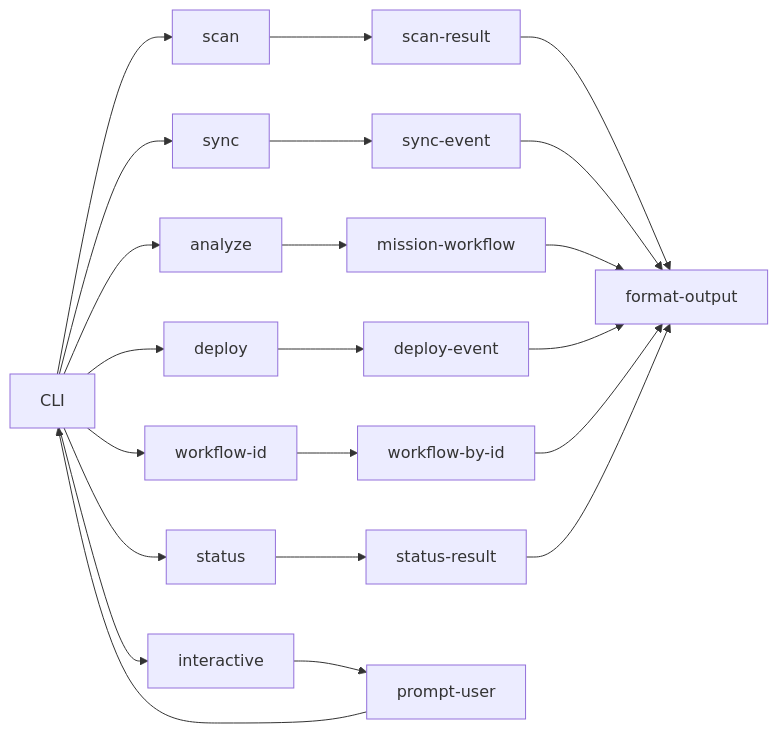
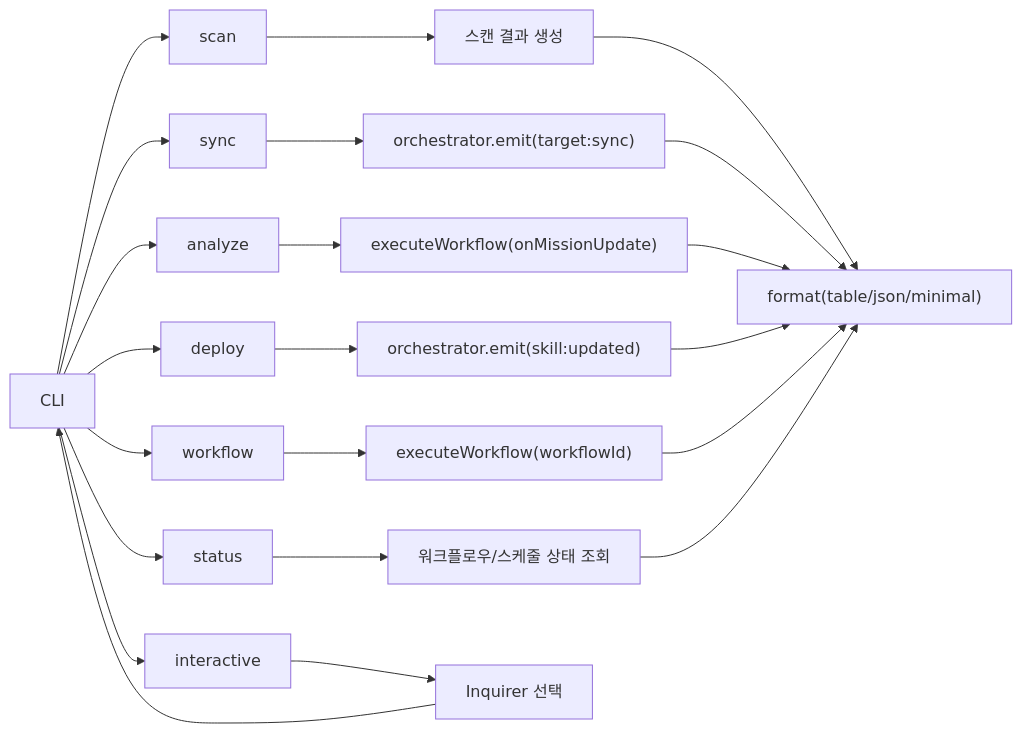
One commit to pandol69kim-bot/gitautopipe changed the third of 8 diagrams in 프로그램 흐름도.md. Above: the diagram before and after it, drawn with Mermaid. The commit also changed other lines of this file and 5 other files, not shown here.

Commit message:
feat: Add new diagrams and update existing documentation for improved clarity and Mermaid compatibility

````diff
--- a/프로그램 흐름도.md
+++ b/프로그램 흐름도.md
@@ -76,40 +58,25 @@
 ```mermaid
-graph LR
-CLI[CLI]
-Scan[scan]
-Sync[sync]
-Analyze[analyze]
-Deploy[deploy]
-Workflow[workflow-id]
-Status[status]
-Interactive[interactive]
-ScanOut[scan-result]
-SyncEvent[sync-event]
-Mission[mission-workflow]
-DeployEvent[deploy-event]
-ById[workflow-by-id]
-StatusOut[status-result]
-Prompt[prompt-user]
-Format[format-output]
-CLI --> Scan
-CLI --> Sync
-CLI --> Analyze
-CLI --> Deploy
-CLI --> Workflow
-CLI --> Status
-CLI --> Interactive
-Scan --> ScanOut
-Sync --> SyncEvent
-Analyze --> Mission
-Deploy --> DeployEvent
-Workflow --> ById
-Status --> StatusOut
-Interactive --> Prompt
-Prompt --> CLI
-ScanOut --> Format
-SyncEvent --> Format
-Mission --> Format
-DeployEvent --> Format
-ById --> Format
-StatusOut --> Format
+flowchart LR
+  CLI["CLI"] --> Scan["scan"]
+  CLI --> Sync["sync"]
+  CLI --> Analyze["analyze"]
+  CLI --> Deploy["deploy"]
+  CLI --> Workflow["workflow <id>"]
+  CLI --> Status["status"]
+  CLI --> Interactive["interactive"]
+
+  Scan --> ScanOut["스캔 결과 생성"]
+  Sync --> SyncEvent["orchestrator.emit(target:sync)"]
+  Analyze --> Mission["executeWorkflow(onMissionUpdate)"]
+  Deploy --> DeployEvent["orchestrator.emit(skill:updated)"]
+  Workflow --> ById["executeWorkflow(workflowId)"]
+  Status --> StatusOut["워크플로우/스케줄 상태 조회"]
+  Interactive --> Prompt["Inquirer 선택"] --> CLI
+
+  ScanOut --> Format["format(table/json/minimal)"]
+  SyncEvent --> Format
+  Mission --> Format
+  DeployEvent --> Format
+  ById --> Format
+  StatusOut --> Format
 ```
````
